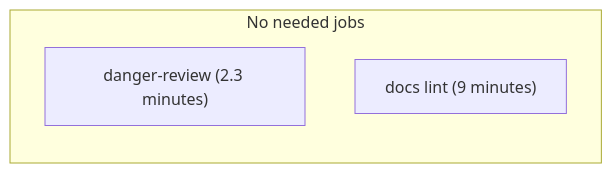
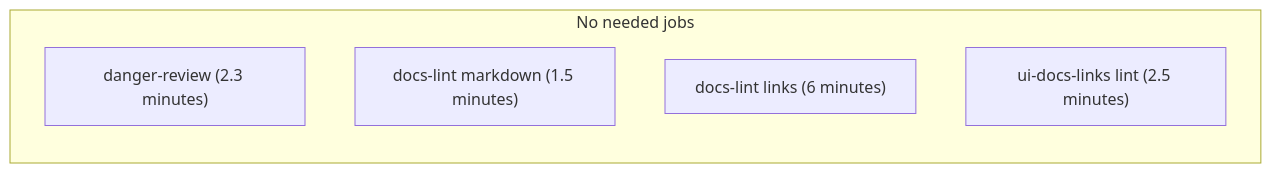
One commit to mehulagg/gitlab changed the first of 5 diagrams in doc/development/pipelines.md. Above: the diagram before and after it, drawn with Mermaid. The commit also changed other lines of this file, not shown here.

Commit message:
Update docs pipeline details

````diff
--- a/doc/development/pipelines.md
+++ b/doc/development/pipelines.md
@@ -60,9 +60,12 @@
 ```mermaid
 graph LR
   subgraph "No needed jobs";
     1-1["danger-review (2.3 minutes)"];
     click 1-1 "https://app.periscopedata.com/app/gitlab/652085/Engineering-Productivity---Pipeline-Build-Durations?widget=8100542&udv=0"
-    1-50["docs lint (9 minutes)"];
-    click 1-50 "https://app.periscopedata.com/app/gitlab/652085/Engineering-Productivity---Pipeline-Build-Durations?widget=8356757&udv=0"
-  end
+    1-2["docs-lint markdown (1.5 minutes)"];
+    click 1-2 "https://app.periscopedata.com/app/gitlab/652085/Engineering-Productivity---Pipeline-Build-Durations?widget=10224335&udv=0"
+    1-3["docs-lint links (6 minutes)"];
+    click 1-3 "https://app.periscopedata.com/app/gitlab/652085/Engineering-Productivity---Pipeline-Build-Durations?widget=8356757&udv=0"
+    1-4["ui-docs-links lint (2.5 minutes)"];
+   end
 ```
````
